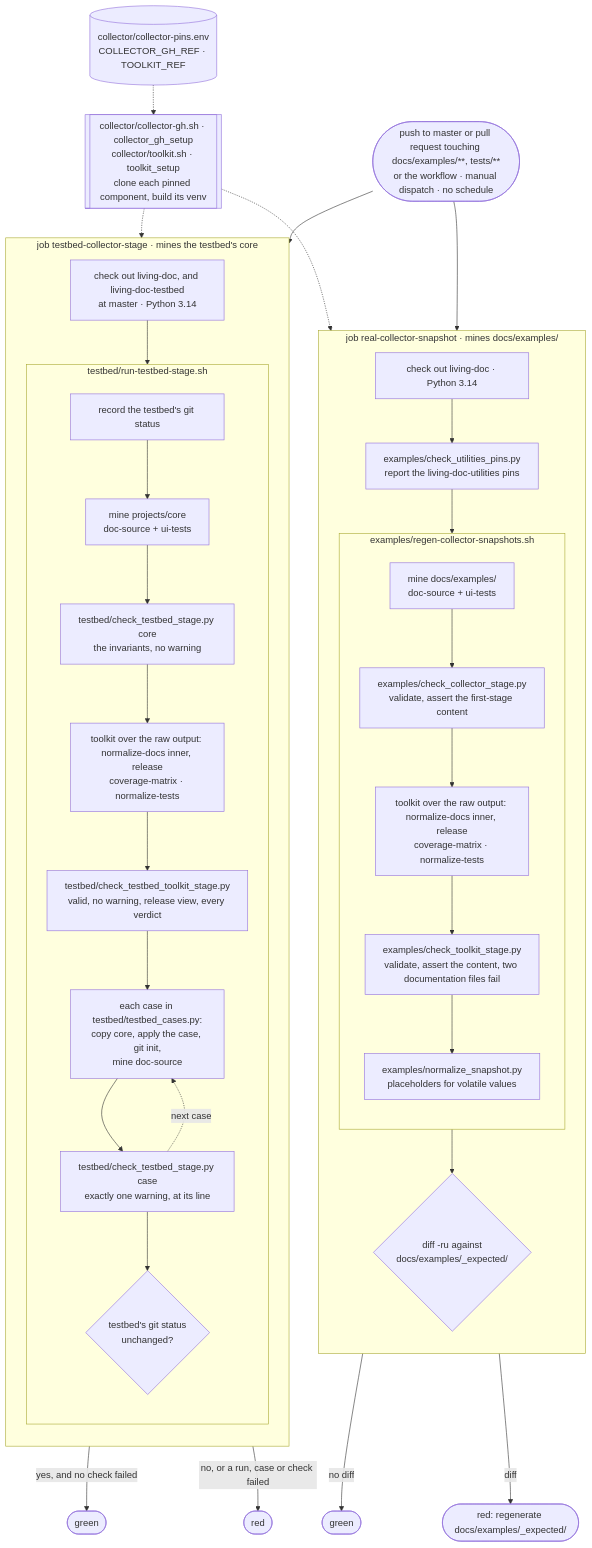
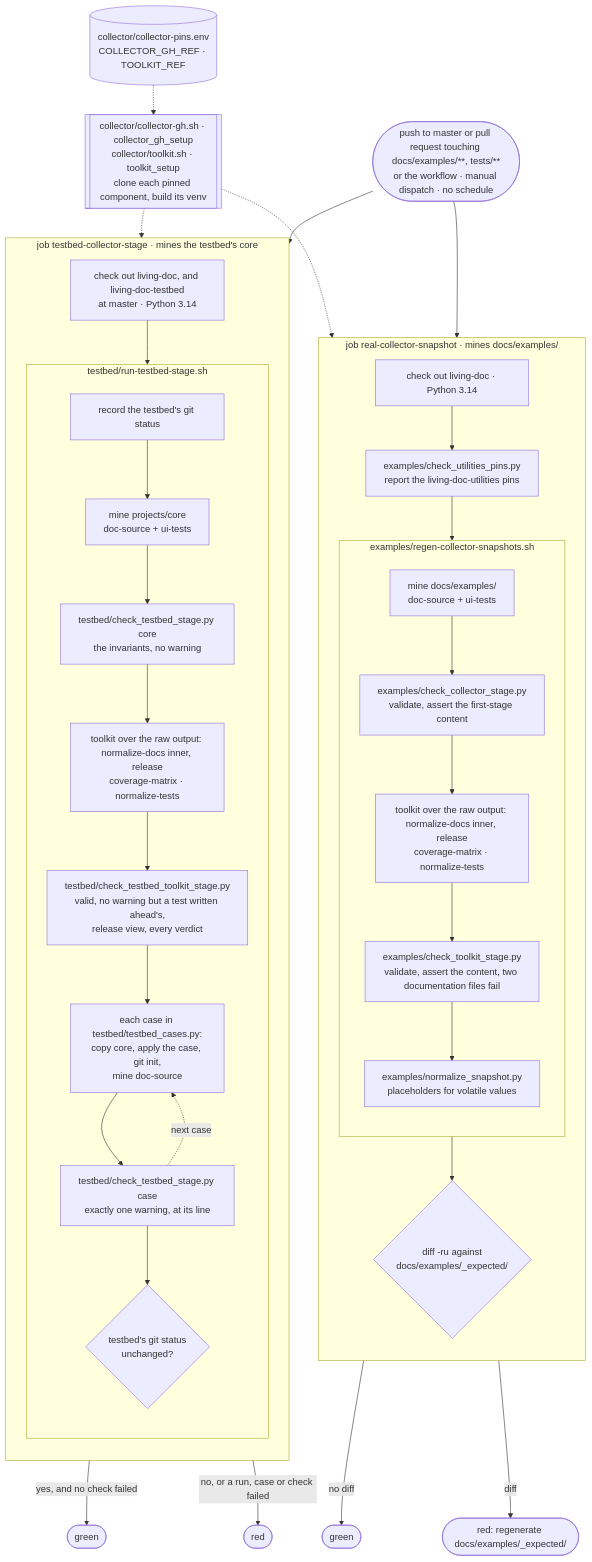
One commit to AbsaOSS/living-doc changed the diagram in tests/README.md. Above: the diagram before and after it, drawn with Mermaid. The commit also changed other lines of this file and 11 other files, not shown here.

Commit message:
#158: The testbed checks expect the warning of a test written ahead (#173)

````diff
--- a/tests/README.md
+++ b/tests/README.md
@@ -54,54 +54,54 @@
 ```mermaid
 flowchart TB
     trigger(["push to master or pull request touching docs/examples/**, tests/**<br/>or the workflow · manual dispatch · no schedule"])
     pin[("collector/collector-pins.env<br/>COLLECTOR_GH_REF · TOOLKIT_REF")]
     setup[["collector/collector-gh.sh · collector_gh_setup<br/>collector/toolkit.sh · toolkit_setup<br/>clone each pinned component, build its venv"]]
 
     subgraph snapshot["job real-collector-snapshot · mines docs/examples/"]
         direction TB
         a1["check out living-doc · Python 3.14"]
         a2["examples/check_utilities_pins.py<br/>report the living-doc-utilities pins"]
         subgraph regen["examples/regen-collector-snapshots.sh"]
             direction TB
             a3["mine docs/examples/<br/>doc-source + ui-tests"]
             a4["examples/check_collector_stage.py<br/>validate, assert the first-stage content"]
             a7["toolkit over the raw output: normalize-docs inner, release<br/>coverage-matrix · normalize-tests"]
             a8["examples/check_toolkit_stage.py<br/>validate, assert the content, two documentation files fail"]
             a5["examples/normalize_snapshot.py<br/>placeholders for volatile values"]
             a3 --> a4 --> a7 --> a8 --> a5
         end
         a6{"diff -ru against<br/>docs/examples/_expected/"}
         a1 --> a2 --> a3
         a5 --> a6
     end
 
     subgraph testbed["job testbed-collector-stage · mines the testbed's core"]
         direction TB
         b1["check out living-doc, and living-doc-testbed<br/>at master · Python 3.14"]
         subgraph stage["testbed/run-testbed-stage.sh"]
             direction TB
             b2["record the testbed's git status"]
             b3["mine projects/core<br/>doc-source + ui-tests"]
             b4["testbed/check_testbed_stage.py core<br/>the invariants, no warning"]
             b8["toolkit over the raw output: normalize-docs inner, release<br/>coverage-matrix · normalize-tests"]
-            b9["testbed/check_testbed_toolkit_stage.py<br/>valid, no warning, release view, every verdict"]
+            b9["testbed/check_testbed_toolkit_stage.py<br/>valid, no warning but a test written ahead's,<br/>release view, every verdict"]
             b5["each case in testbed/testbed_cases.py:<br/>copy core, apply the case, git init,<br/>mine doc-source"]
             b6["testbed/check_testbed_stage.py case<br/>exactly one warning, at its line"]
             b7{"testbed's git status<br/>unchanged?"}
             b2 --> b3 --> b4 --> b8 --> b9 --> b5 --> b6
             b6 -.->|next case| b5
             b6 --> b7
         end
         b1 --> b2
     end
 
     trigger --> snapshot
     trigger --> testbed
     pin -.-> setup
     setup -.-> a3
     setup -.-> b3
     a6 -->|no diff| passA(["green"])
     a6 -->|diff| failA(["red: regenerate docs/examples/_expected/"])
     b7 -->|yes, and no check failed| passB(["green"])
     b7 -->|no, or a run, case or check failed| failB(["red"])
 ```
````
